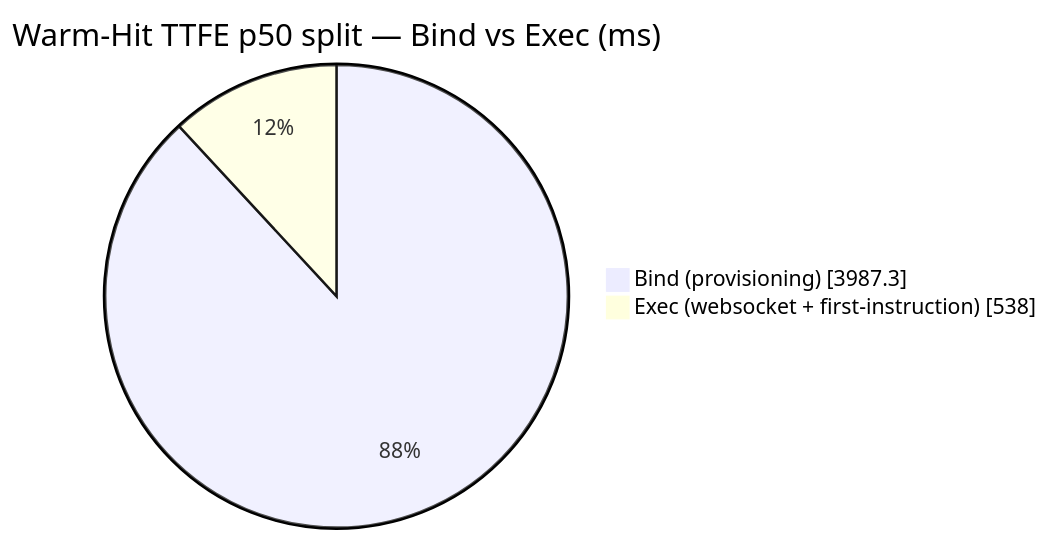
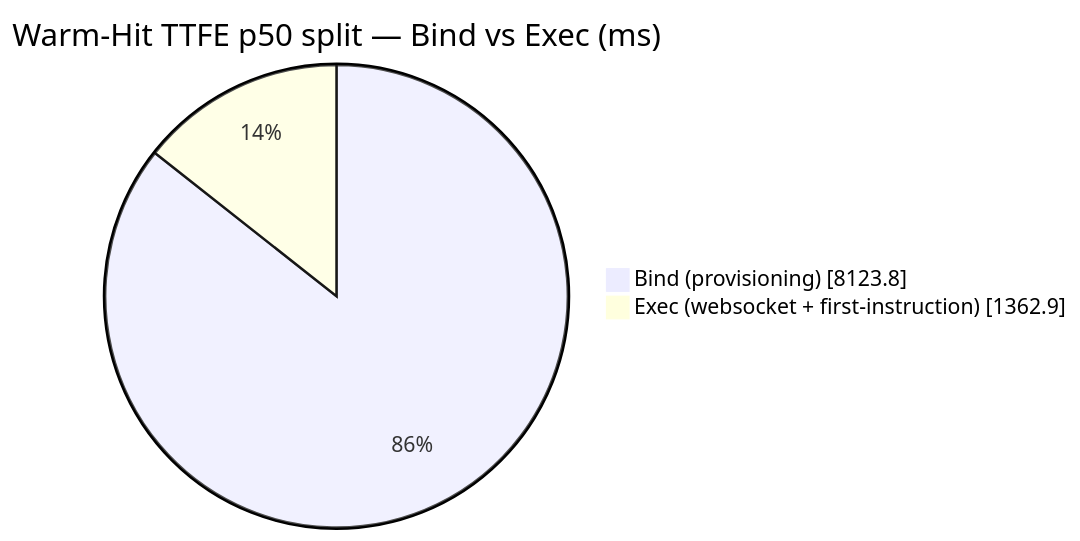
One commit to AlexBulankou/honest-bench changed the diagram in DETAILS.md. Above: the diagram before and after it, drawn with Mermaid. The commit also changed other lines of this file and 5 other files, not shown here.

````diff
--- a/DETAILS.md
+++ b/DETAILS.md
@@ -94,6 +95,6 @@
 ```mermaid
 pie showData
     title Warm-Hit TTFE p50 split — Bind vs Exec (ms)
-    "Bind (provisioning)" : 3987.3
-    "Exec (websocket + first-instruction)" : 538.0
+    "Bind (provisioning)" : 8123.8
+    "Exec (websocket + first-instruction)" : 1362.9
 ```
````
